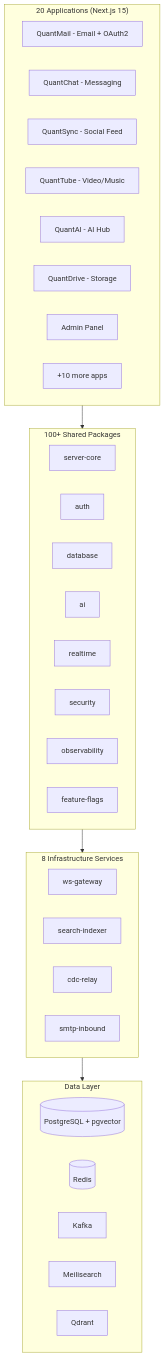
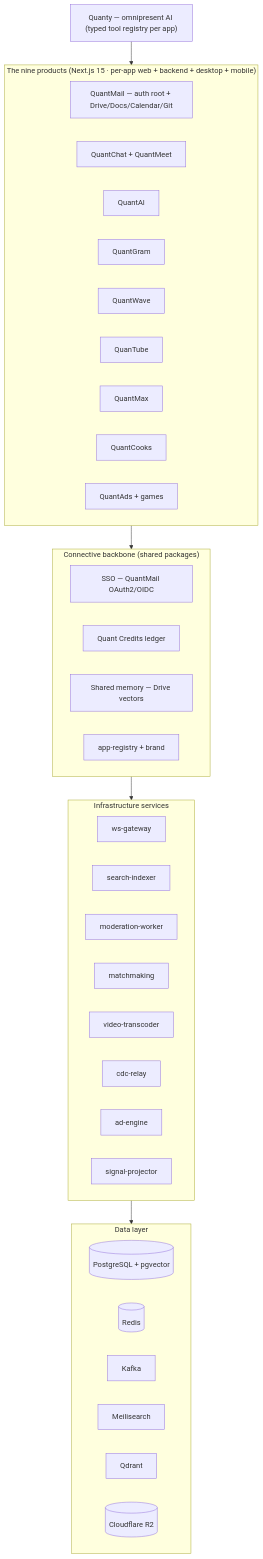
The diagram in README.md (quantrinitylab/Quant-Ecosystem), drawn with Mermaid before and after one commit. The commit also changed other lines of this file and 10 other files, not shown here.

````diff
--- a/README.md
+++ b/README.md
@@ -41,46 +50,51 @@
 ```mermaid
 graph TD
-    subgraph Apps["20 Applications (Next.js 15)"]
+    Quanty["Quanty — omnipresent AI (typed tool registry per app)"]
+
+    subgraph Apps["The nine products (Next.js 15 · per-app web + backend + desktop + mobile)"]
         direction LR
-        QM[QuantMail - Email + OAuth2]
-        QC[QuantChat - Messaging]
-        QS[QuantSync - Social Feed]
-        QT[QuantTube - Video/Music]
-        QA[QuantAI - AI Hub]
-        QD[QuantDrive - Storage]
-        Admin[Admin Panel]
-        More[+10 more apps]
+        QM[QuantMail — auth root + Drive/Docs/Calendar/Git]
+        QC[QuantChat + QuantMeet]
+        QAI[QuantAI]
+        QG[QuantGram]
+        QW[QuantWave]
+        QT[QuanTube]
+        QMX[QuantMax]
+        QCK[QuantCooks]
+        QAD[QuantAds + games]
     end
 
-    subgraph Packages["100+ Shared Packages"]
+    subgraph Backbone["Connective backbone (shared packages)"]
         direction LR
-        SC[server-core]
-        Auth[auth]
-        DB[database]
-        AI[ai]
-        RT[realtime]
-        Sec[security]
-        Obs[observability]
-        FF[feature-flags]
+        SSO[SSO — QuantMail OAuth2/OIDC]
+        CR[Quant Credits ledger]
+        MEM[Shared memory — Drive vectors]
+        REG[app-registry + brand]
     end
 
-    subgraph Services["8 Infrastructure Services"]
+    subgraph Services["Infrastructure services"]
         direction LR
         WS[ws-gateway]
         SI[search-indexer]
+        MOD[moderation-worker]
+        MM[matchmaking]
+        VT[video-transcoder]
         CDC[cdc-relay]
-        SMTP[smtp-inbound]
+        AE[ad-engine]
+        SP[signal-projector]
     end
 
-    subgraph Data["Data Layer"]
+    subgraph Data["Data layer"]
         PG[(PostgreSQL + pgvector)]
         Redis[(Redis)]
         Kafka[Kafka]
         Meili[Meilisearch]
         Qdrant[Qdrant]
+        R2[(Cloudflare R2)]
     end
 
-    Apps --> Packages
-    Packages --> Services
+    Quanty --> Apps
+    Apps --> Backbone
+    Backbone --> Services
     Services --> Data
 ```
````
